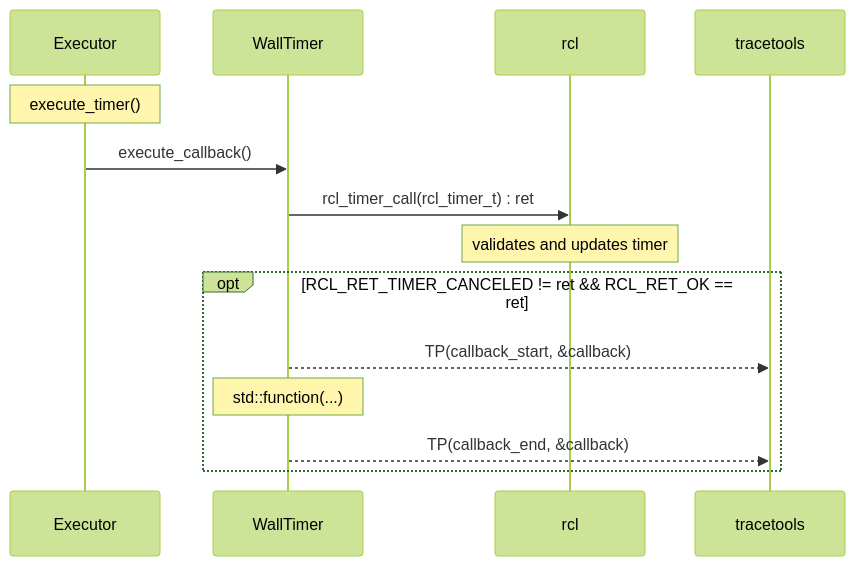
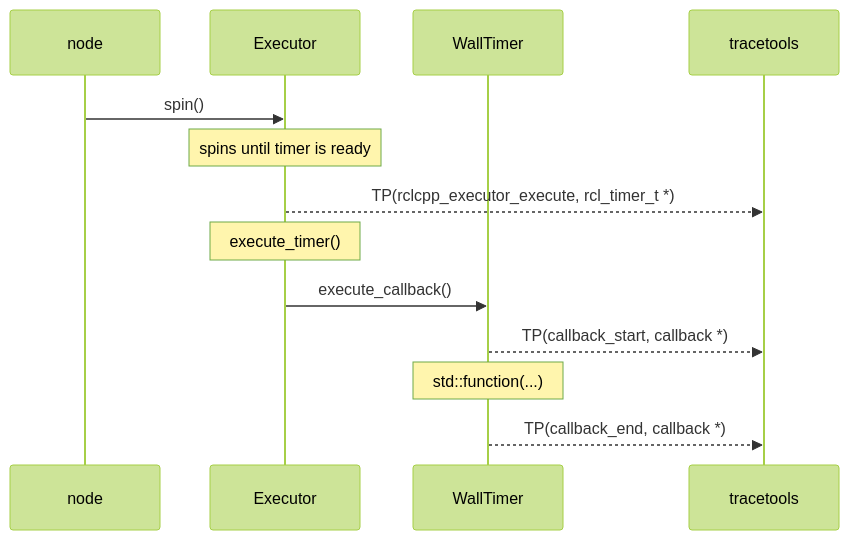
One commit to ros2-split-gbp/ros2_tracing-release changed diagram 13 of 17 in doc/design_ros_2.md. Above: the diagram before and after it, drawn with Mermaid (forest theme). The commit also changed other lines of this file and 83 other files, not shown here.

````diff
--- a/doc/design_ros_2.md
+++ b/doc/design_ros_2.md
@@ -499,17 +715,17 @@
 ```mermaid
 sequenceDiagram
+    participant node
     participant Executor
     participant WallTimer
-    participant rcl
     participant tracetools
 
+    node->>Executor: spin()
+    Note over Executor: spins until timer is ready
+
+    Executor-->>tracetools: TP(rclcpp_executor_execute, rcl_timer_t *)
     Note over Executor: execute_timer()
     Executor->>WallTimer: execute_callback()
-    WallTimer->>rcl: rcl_timer_call(rcl_timer_t) : ret
-    Note over rcl: validates and updates timer
-    opt RCL_RET_TIMER_CANCELED != ret && RCL_RET_OK == ret
-        WallTimer-->>tracetools: TP(callback_start, &callback)
-        Note over WallTimer: std::function(...)
-        WallTimer-->>tracetools: TP(callback_end, &callback)
-    end
+    WallTimer-->>tracetools: TP(callback_start, callback *)
+    Note over WallTimer: std::function(...)
+    WallTimer-->>tracetools: TP(callback_end, callback *)
 ```
````
